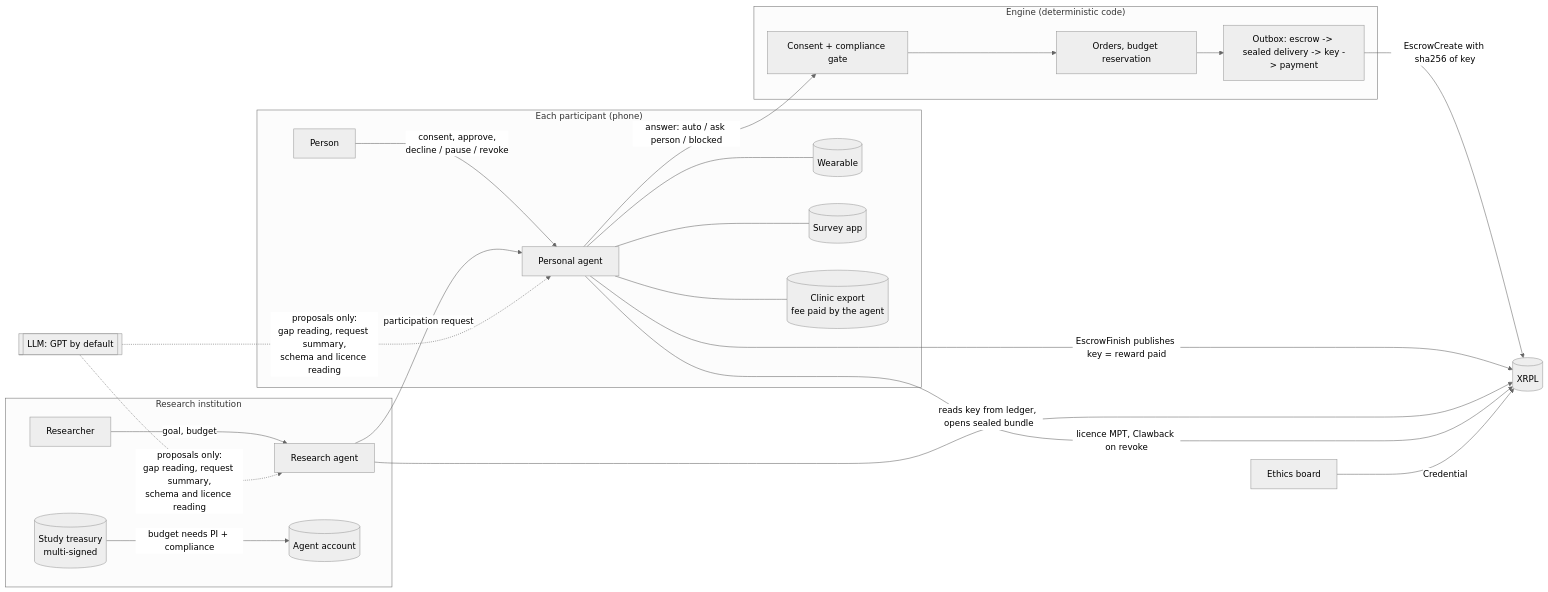
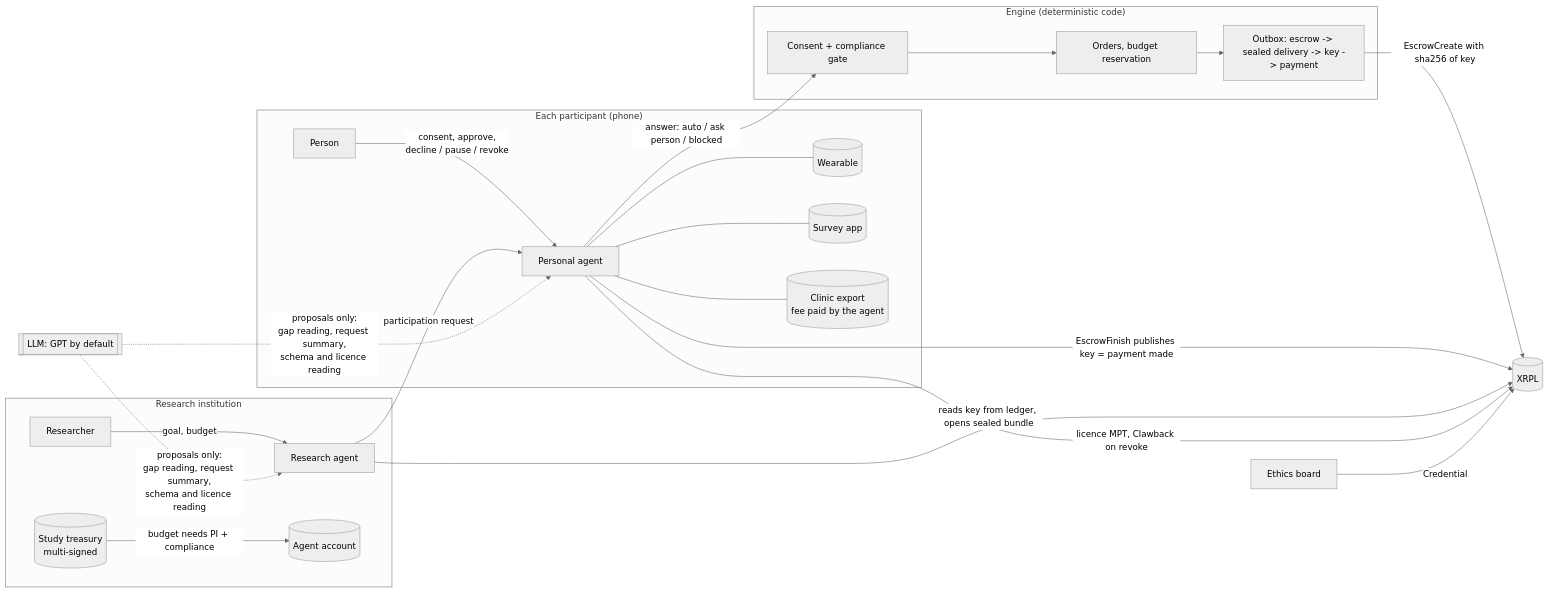
The diagram in README.md (SportiQue-inc/xrpl-hackathon-nyc-2026), drawn with Mermaid (neutral theme) before and after one commit. The commit also changed other lines of this file and 16 other files, not shown here.

First line of the commit message:
Salt each round's ledger hash inside the sealed bundle, require an IRB approval number, say payment not reward, add public precedents, keep release runs going after a failed escrow

````diff
--- a/README.md
+++ b/README.md
@@ -42,24 +42,24 @@
 ```mermaid
 flowchart LR
   subgraph Lab["Research institution"]
     R[Researcher] -->|goal, budget| RA[Research agent]
     RT[(Study treasury<br/>multi-signed)] -->|budget needs PI + compliance| RW[(Agent account)]
   end
   subgraph Person["Each participant (phone)"]
     P[Person] -->|consent, approve,<br/>decline / pause / revoke| PA[Personal agent]
     PA --- W[(Wearable)] & S[(Survey app)] & C[(Clinic export<br/>fee paid by the agent)]
   end
   subgraph Engine["Engine (deterministic code)"]
     POL[Consent + compliance gate]
     ORD[Orders, budget reservation]
     OB[Outbox: escrow -> sealed delivery -> key -> payment]
   end
   RA -->|participation request| PA
   PA -->|answer: auto / ask person / blocked| POL --> ORD --> OB
   OB -->|EscrowCreate with sha256 of key| XRPL[(XRPL)]
-  PA -->|EscrowFinish publishes key = reward paid| XRPL
+  PA -->|EscrowFinish publishes key = payment made| XRPL
   RA -->|reads key from ledger, opens sealed bundle| XRPL
   PA -->|licence MPT, Clawback on revoke| XRPL
   ETH[Ethics board] -->|Credential| XRPL
   LLM[[LLM: GPT by default]] -.->|proposals only:<br/>gap reading, request summary,<br/>schema and licence reading| RA & PA
 ```
````
